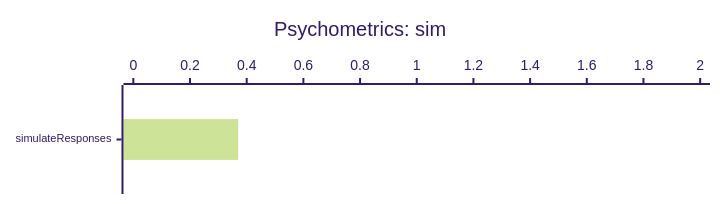
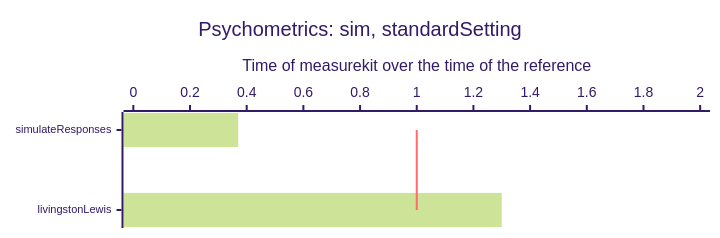
Before and after one commit to measurekit/measurekit: the tenth of 13 diagrams in docs/performance.md, drawn with Mermaid (forest theme). The commit also changed other lines of this file and 4 other files, not shown here.

````diff
--- a/docs/performance.md
+++ b/docs/performance.md
@@ -93,9 +103,9 @@
 ```mermaid
-%%{init: {"xyChart": {"height": 184, "xAxis": {"labelFontSize": 11}}}}%%
+%%{init: {"xyChart": {"height": 218, "xAxis": {"labelFontSize": 11}}}}%%
 xychart-beta horizontal
-  title "Psychometrics: sim"
-  x-axis ["simulateResponses"]
+  title "Psychometrics: sim, standardSetting"
+  x-axis ["simulateResponses", "livingstonLewis"]
   y-axis "Time of measurekit over the time of the reference" 0 --> 2
-  bar [0.37]
-  line [1]
+  bar [0.37, 1.3]
+  line [1, 1]
 ```
````
